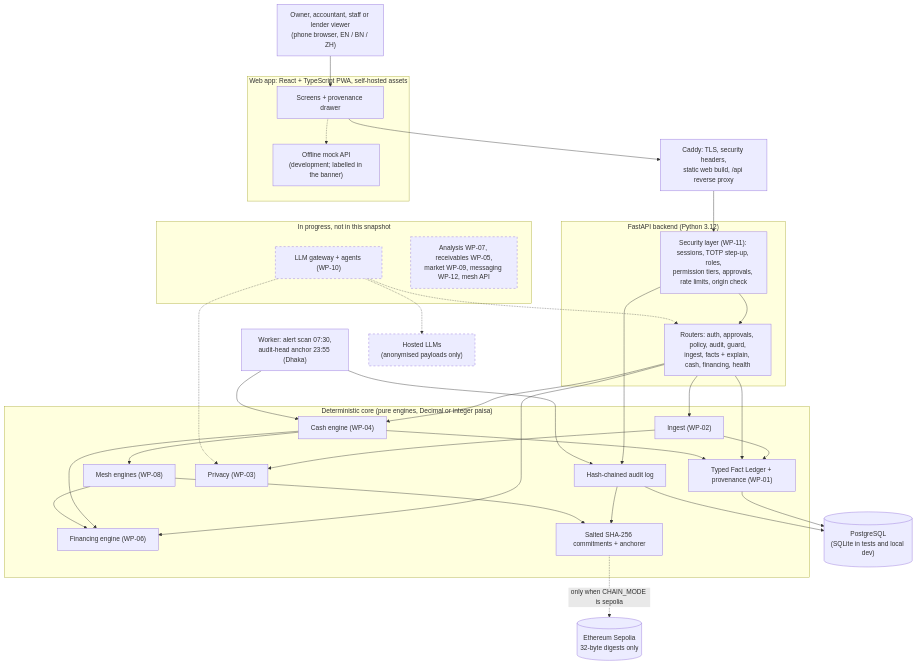
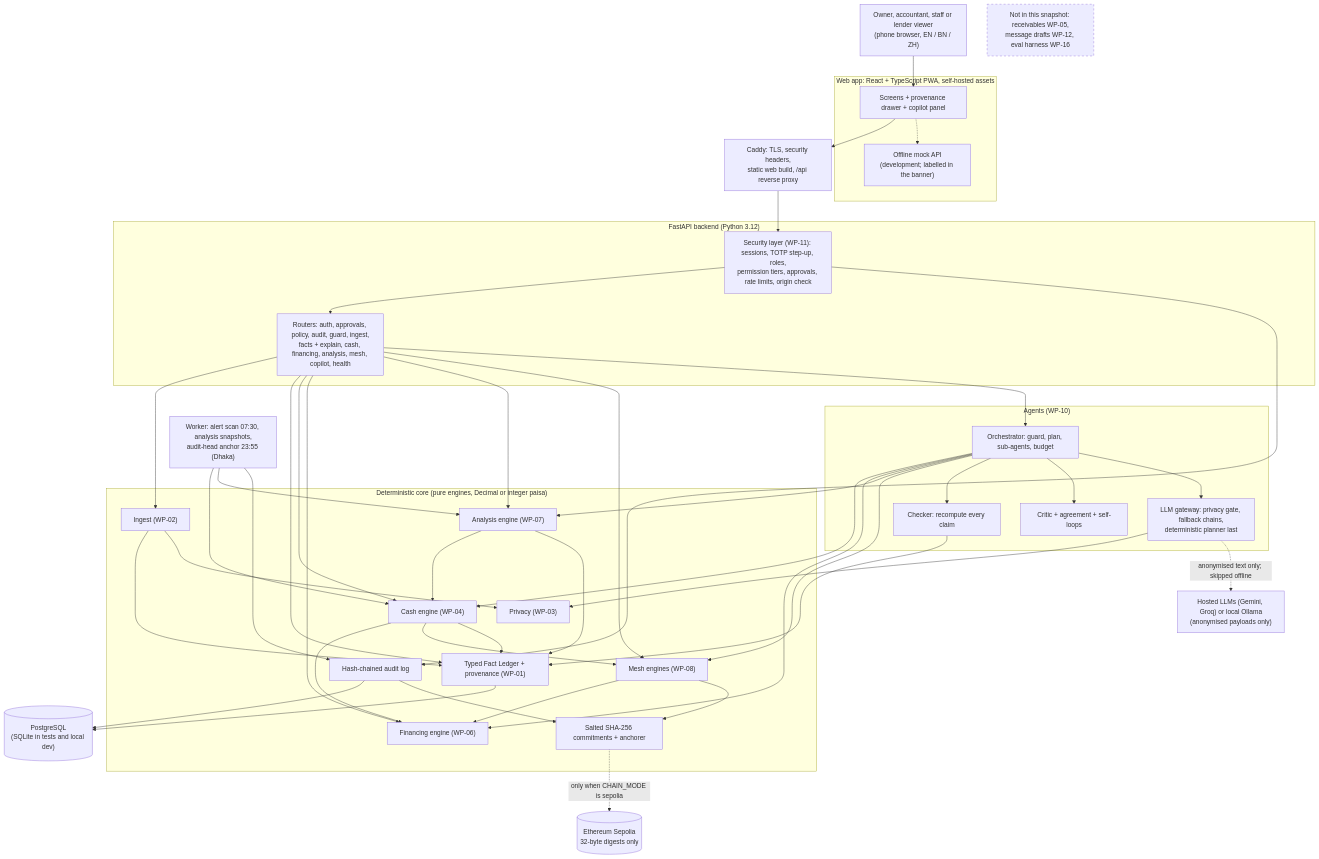
One commit to NoboIshraque/SME-financing-copilot changed the diagram in docs/submission/technical-documentation.md. Above: the diagram before and after it, drawn with Mermaid. The commit also changed other lines of this file, not shown here.

First line of the commit message:
WP-19: technical documentation for the final snapshot

````diff
--- a/docs/submission/technical-documentation.md
+++ b/docs/submission/technical-documentation.md
@@ -86,55 +92,70 @@
 ```mermaid
 flowchart TB
   user["Owner, accountant, staff or lender viewer<br/>(phone browser, EN / BN / ZH)"]
   subgraph web["Web app: React + TypeScript PWA, self-hosted assets"]
-    screens["Screens + provenance drawer"]
+    screens["Screens + provenance drawer + copilot panel"]
     mock["Offline mock API<br/>(development; labelled in the banner)"]
   end
   caddy["Caddy: TLS, security headers,<br/>static web build, /api reverse proxy"]
   subgraph api["FastAPI backend (Python 3.12)"]
     sec["Security layer (WP-11): sessions, TOTP step-up, roles,<br/>permission tiers, approvals, rate limits, origin check"]
-    routers["Routers: auth, approvals, policy, audit, guard,<br/>ingest, facts + explain, cash, financing, health"]
+    routers["Routers: auth, approvals, policy, audit, guard, ingest,<br/>facts + explain, cash, financing, analysis, mesh, copilot, health"]
+  end
+  subgraph agentsg["Agents (WP-10)"]
+    orch["Orchestrator: guard, plan, sub-agents, budget"]
+    checker["Checker: recompute every claim"]
+    critic["Critic + agreement + self-loops"]
+    gw["LLM gateway: privacy gate, fallback chains,<br/>deterministic planner last"]
   end
   subgraph core["Deterministic core (pure engines, Decimal or integer paisa)"]
     ingest["Ingest (WP-02)"]
     facts["Typed Fact Ledger + provenance (WP-01)"]
     cash["Cash engine (WP-04)"]
     fin["Financing engine (WP-06)"]
+    ana["Analysis engine (WP-07)"]
     mesh["Mesh engines (WP-08)"]
     chain["Salted SHA-256 commitments + anchorer"]
     priv["Privacy (WP-03)"]
     audit["Hash-chained audit log"]
   end
   db[("PostgreSQL<br/>(SQLite in tests and local dev)")]
-  worker["Worker: alert scan 07:30,<br/>audit-head anchor 23:55 (Dhaka)"]
+  worker["Worker: alert scan 07:30, analysis snapshots,<br/>audit-head anchor 23:55 (Dhaka)"]
   sepolia[("Ethereum Sepolia<br/>32-byte digests only")]
-  subgraph planned["In progress, not in this snapshot"]
-    agents["LLM gateway + agents (WP-10)"]
-    others["Analysis WP-07, receivables WP-05,<br/>market WP-09, messaging WP-12, mesh API"]
-  end
-  llm["Hosted LLMs<br/>(anonymised payloads only)"]
+  llm["Hosted LLMs (Gemini, Groq) or local Ollama<br/>(anonymised payloads only)"]
+  planned["Not in this snapshot: receivables WP-05,<br/>message drafts WP-12, eval harness WP-16"]
 
   user --> screens --> caddy --> sec --> routers
   screens -.-> mock
   routers --> ingest --> facts
   routers --> facts
   routers --> cash
   routers --> fin
+  routers --> ana
+  routers --> mesh
+  routers --> orch
+  orch --> cash
+  orch --> fin
+  orch --> ana
+  orch --> mesh
+  orch --> checker --> facts
+  orch --> critic
+  orch --> gw --> priv
+  gw -.->|"anonymised text only; skipped offline"| llm
+  ana --> cash
   cash --> fin
   cash --> mesh
   mesh --> fin
   cash --> facts
+  ana --> facts
   ingest --> priv
   facts --> db
   sec --> audit --> db
   worker --> cash
+  worker --> ana
   worker --> audit
   audit --> chain
   mesh --> chain
   chain -.->|"only when CHAIN_MODE is sepolia"| sepolia
-  agents -.-> priv
-  agents -.-> llm
-  agents -.-> routers
   classDef plannedStyle stroke-dasharray: 5 5
-  class agents,others,llm plannedStyle
+  class planned plannedStyle
 ```
````
